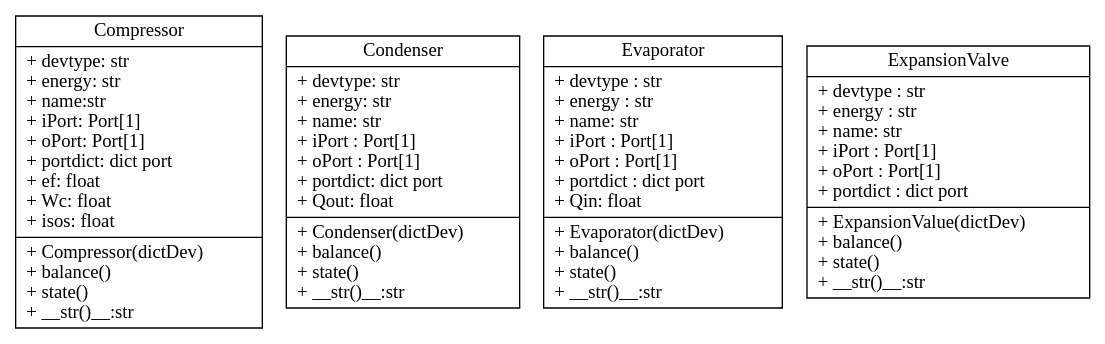
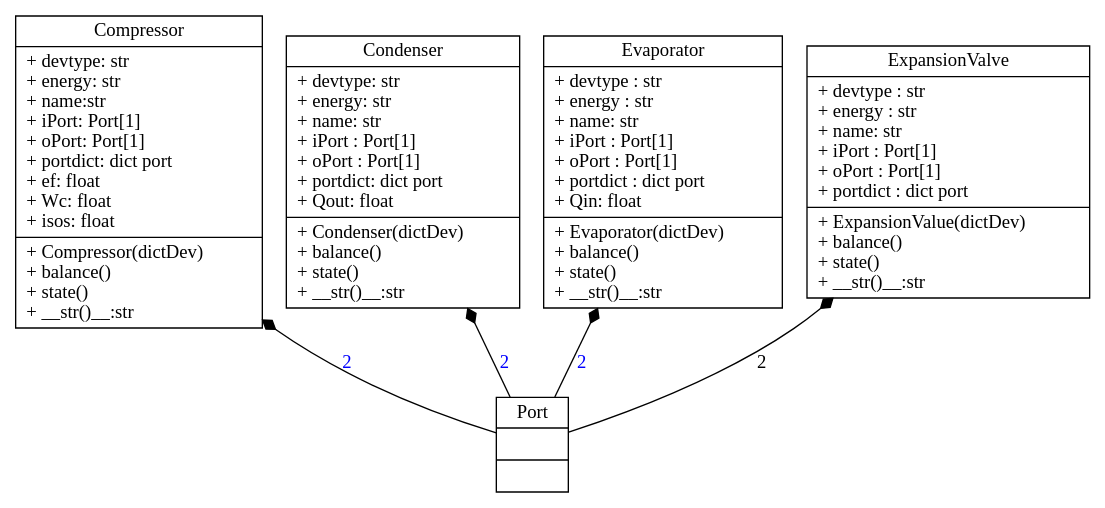
The diagram in doc/uml/dot/components.dot (thermalogic/SimVCCE), drawn with Graphviz before and after one commit. The commit also changed 27 other files, not shown here.

```diff
--- a/doc/uml/dot/components.dot
+++ b/doc/uml/dot/components.dot
@@ -1,8 +1,29 @@
 digraph "classes" {
 rankdir=BT
 charset="utf-8"
 "components.compressor.Compressor" [color="black", fontcoor="black", label="{Compressor| + devtype: str\l + energy: str\l + name:str \l + iPort: Port[1]\l + oPort: Port[1]\l + portdict: dict port\l + ef: float\l + Wc: float\l + isos: float\l| + Compressor(dictDev)\l + balance()\l + state()\l + __str()__:str\l}", shape="record", style="solid"];
 "components.condenser.Condenser" [color="black", fontcolor="black", label="{Condenser| + devtype: str\l + energy: str\l + name: str\l + iPort : Port[1]\l + oPort : Port[1]\l + portdict: dict port\l + Qout: float\l| + Condenser(dictDev)\l + balance()\l + state()\l + __str()__:str\l}", shape="record", style="solid"];
 "components.evaporator.Evaporator" [color="black", fontcolor="black", label="{Evaporator| + devtype : str\l + energy : str\l + name: str\l + iPort : Port[1]\l + oPort : Port[1]\l + portdict : dict port\l + Qin: float\l| + Evaporator(dictDev)\l + balance()\l + state()\l + __str()__:str\l}", shape="record", style="solid"];
 "components.expansionvalve.ExpansionValve" [color="black", fontcolor="black", label="{ExpansionValve| + devtype : str\l + energy : str\l + name: str\l + iPort : Port[1]\l + oPort : Port[1]\l + portdict : dict port\l| + ExpansionValue(dictDev)\l + balance()\l + state()\l + __str()__:str\l}", shape="record", style="solid"];
+"components.port.Port" [color="black", fontcolor="black", 
+               label="{Port|
+                        \l|
+                        \l}", 
+                       shape="record", style="solid"];
+"components.port.Port"->"components.compressor.Compressor"[
+            arrowhead="diamond", arrowtail="none",
+            fontcolor="blue",
+            label="2", style="solid"];
+"components.port.Port"->"components.condenser.Condenser"[
+            arrowhead="diamond", arrowtail="none",
+            fontcolor="blue",
+            label="2", style="solid"];
+"components.port.Port"->"components.evaporator.Evaporator"[
+            arrowhead="diamond", arrowtail="none",
+            fontcolor="blue",
+            label="2", style="solid"];
+"components.port.Port"->"components.expansionvalve.ExpansionValve"[
+            arrowhead="diamond", arrowtail="none",
+            fontcolor="2",
+            label="2", style="solid"];
 }
```
